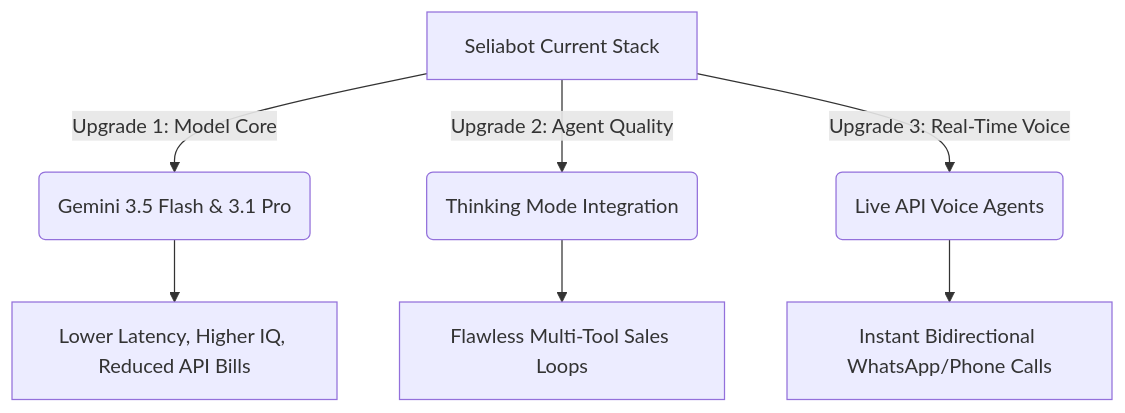
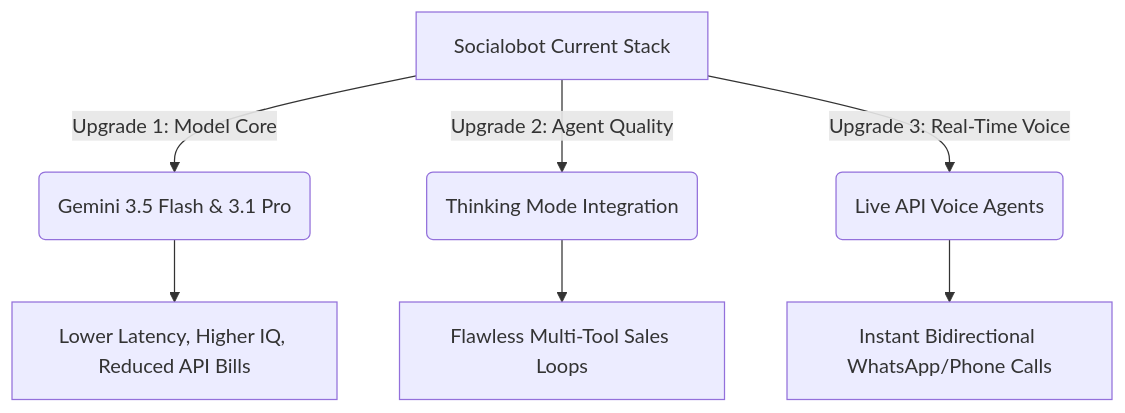
One commit to yasuguerra/socialobot changed the diagram in .harness/engineering_harness/audits/gemini_vanguard_report.md. Above: the diagram before and after it, drawn with Mermaid. The commit also changed other lines of this file and 69 other files, not shown here.

````diff
--- a/.harness/engineering_harness/audits/gemini_vanguard_report.md
+++ b/.harness/engineering_harness/audits/gemini_vanguard_report.md
@@ -59,10 +59,10 @@
 ```mermaid
 graph TD
-    A[Seliabot Current Stack] -->|Upgrade 1: Model Core| B(Gemini 3.5 Flash & 3.1 Pro)
+    A[Socialobot Current Stack] -->|Upgrade 1: Model Core| B(Gemini 3.5 Flash & 3.1 Pro)
     A -->|Upgrade 2: Agent Quality| C(Thinking Mode Integration)
     A -->|Upgrade 3: Real-Time Voice| D(Live API Voice Agents)
     
     B --> E[Lower Latency, Higher IQ, Reduced API Bills]
     C --> F[Flawless Multi-Tool Sales Loops]
     D --> G[Instant Bidirectional WhatsApp/Phone Calls]
 ```
````
